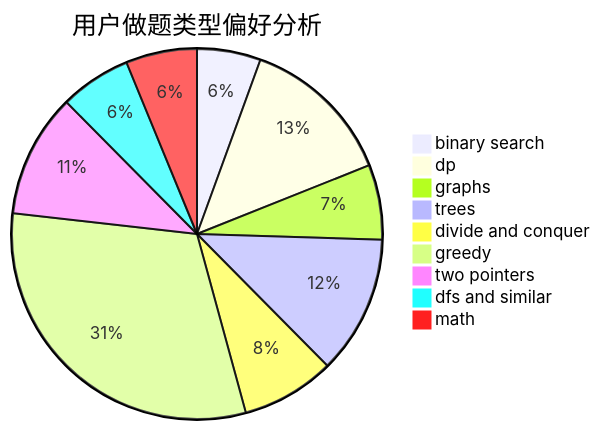
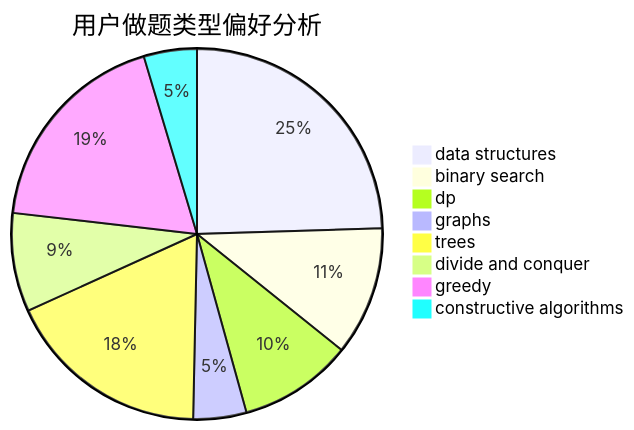
One commit to sherpahu/cfrs.github.io changed the second of 3 diagrams in docs/user/u951.md. Above: the diagram before and after it, drawn with Mermaid. The commit also changed other lines of this file and 2775 other files, not shown here.

````diff
--- a/docs/user/u951.md
+++ b/docs/user/u951.md
@@ -23,12 +23,11 @@
 ```mermaid
 pie title 用户做题类型偏好分析
+    "data structures" :  37
     "binary search" :  17
-    "dp" :  41
-    "graphs" :  20
-    "trees" :  37
-    "divide and conquer" :  25
-    "greedy" :  95
-    "two pointers" :  33
-    "dfs and similar" :  19
-    "math" :  19
+    "dp" :  15
+    "graphs" :  7
+    "trees" :  27
+    "divide and conquer" :  13
+    "greedy" :  28
+    "constructive algorithms" :  7
 ```
````
